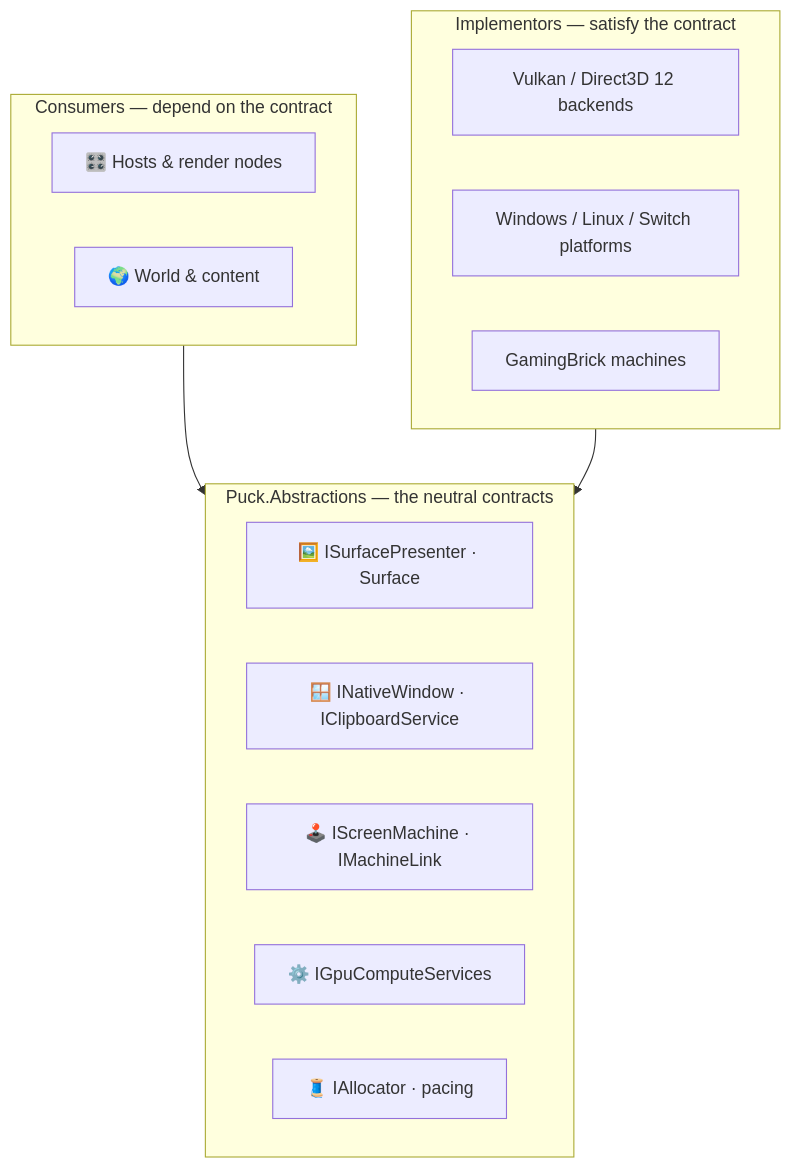
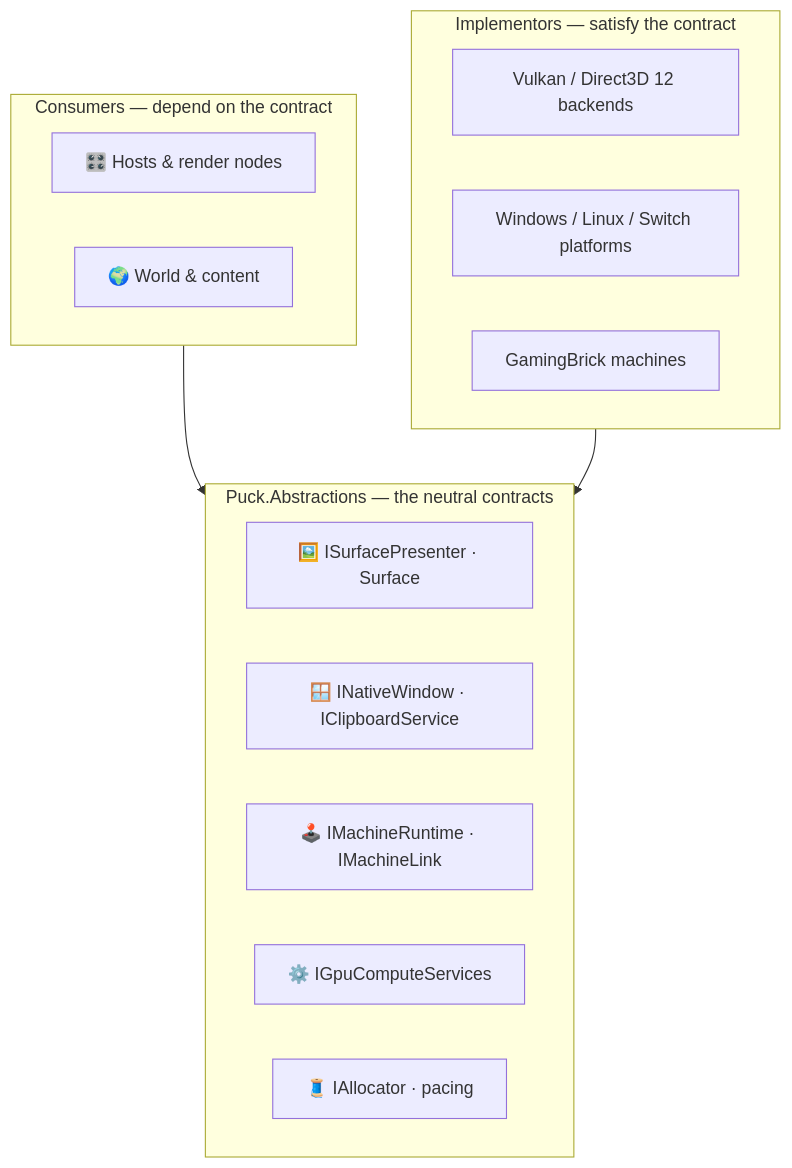
The diagram in src/Puck.Abstractions/README.md (ByteTerrace/Puck), drawn with Mermaid before and after one commit. The commit also changed other lines of this file and 316 other files, not shown here.

````diff
--- a/src/Puck.Abstractions/README.md
+++ b/src/Puck.Abstractions/README.md
@@ -39,21 +39,21 @@
 ```mermaid
 graph TD
     subgraph Consumers ["Consumers — depend on the contract"]
         Host["🎛️ Hosts &amp; render nodes"]
         World["🌍 World &amp; content"]
     end
     subgraph Abstractions ["Puck.Abstractions — the neutral contracts"]
         Present["🖼️ ISurfacePresenter · Surface"]
         Window["🪟 INativeWindow · IClipboardService"]
-        Machine["🕹️ IScreenMachine · IMachineLink"]
+        Machine["🕹️ IMachineRuntime · IMachineLink"]
         Compute["⚙️ IGpuComputeServices"]
         Mem["🧵 IAllocator · pacing"]
     end
     subgraph Implementors ["Implementors — satisfy the contract"]
         Vk["Vulkan / Direct3D 12 backends"]
         Plat["Windows / Linux / Switch platforms"]
         Brick["GamingBrick machines"]
     end
     Consumers --> Abstractions
     Implementors --> Abstractions
 ```
````
